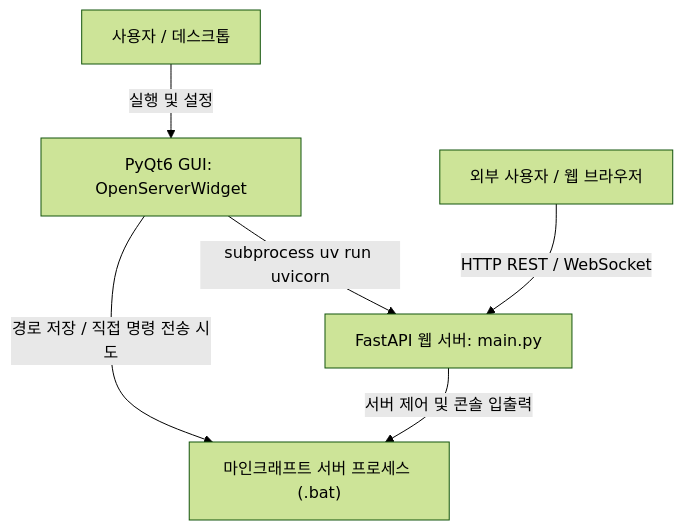
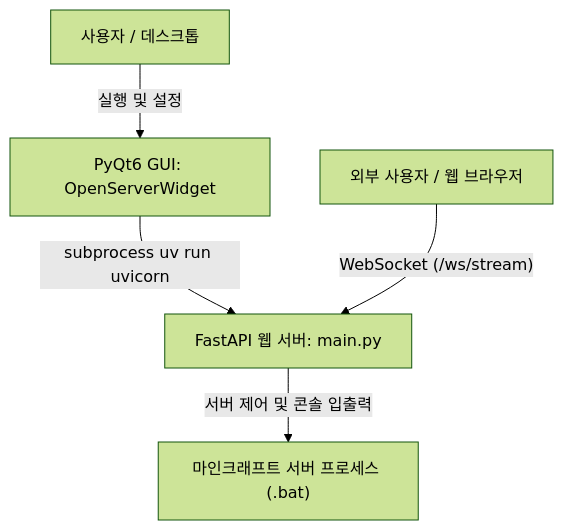
Before and after one commit to ehrl1225/web_server_for_minecraft_server: the diagram in README.md, drawn with Mermaid (forest theme). The commit also changed other lines of this file and 5 other files, not shown here.

````diff
--- a/README.md
+++ b/README.md
@@ -11,10 +11,9 @@
 ```mermaid
 flowchart TD
     UserGUI["사용자 / 데스크톱"] -->|"실행 및 설정"| PyQt["PyQt6 GUI: OpenServerWidget"]
     PyQt -->|"subprocess uv run uvicorn"| FastAPI["FastAPI 웹 서버: main.py"]
     
-    WebClient["외부 사용자 / 웹 브라우저"] -->|"HTTP REST / WebSocket"| FastAPI
+    WebClient["외부 사용자 / 웹 브라우저"] -->|"WebSocket (/ws/stream)"| FastAPI
     
     FastAPI -->|"서버 제어 및 콘솔 입출력"| MC["마인크래프트 서버 프로세스 (.bat)"]
-    PyQt -->|"경로 저장 / 직접 명령 전송 시도"| MC
 ```
````
